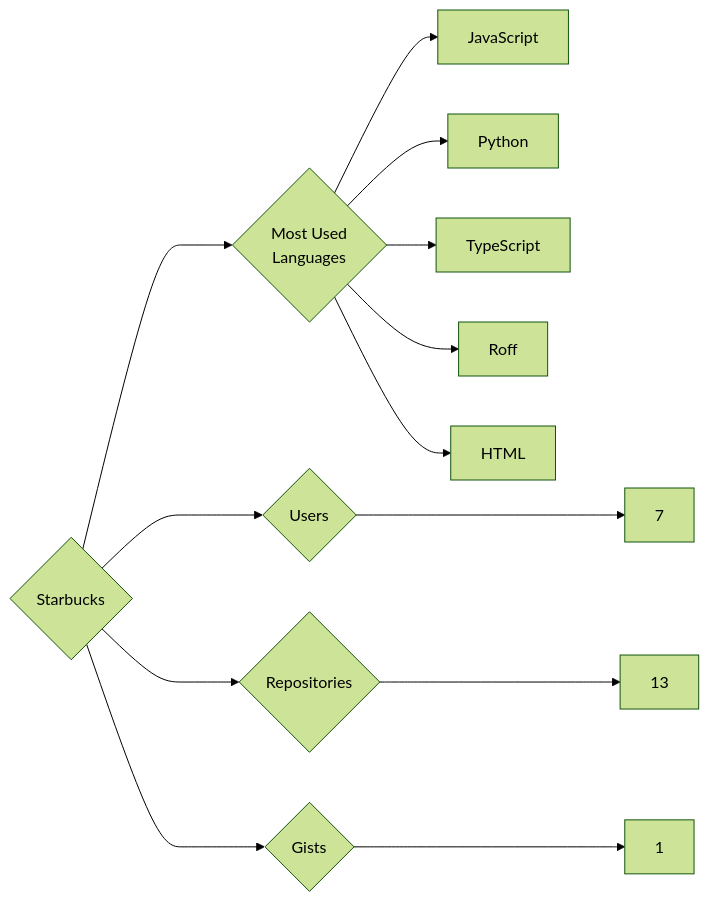
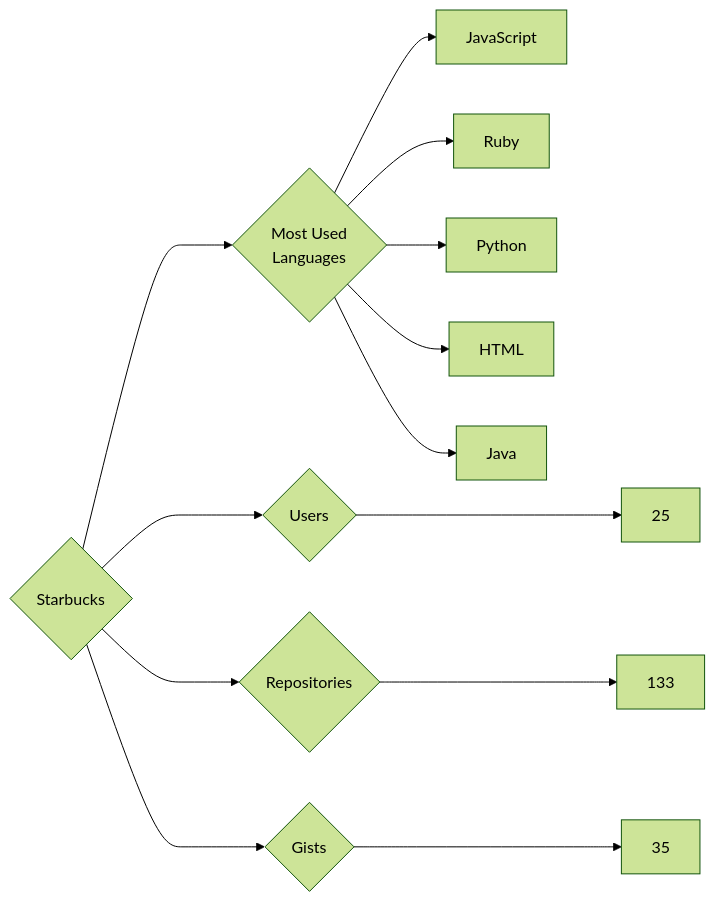
The diagram in targets/Starbucks/README.md (trickest/insiders), drawn with Mermaid (forest theme) before and after one commit. The commit also changed 940 other files, not shown here.

````diff
--- a/targets/Starbucks/README.md
+++ b/targets/Starbucks/README.md
@@ -3,13 +3,13 @@
 ```mermaid
 graph LR
 COMPANY_NAME{Starbucks}
-COMPANY_NAME ---> U{Users} ---> UN[7]
-COMPANY_NAME ---> R{Repositories} ---> RN[13]
-COMPANY_NAME ---> G{Gists} ---> GN[1]
+COMPANY_NAME ---> U{Users} ---> UN[25]
+COMPANY_NAME ---> R{Repositories} ---> RN[133]
+COMPANY_NAME ---> G{Gists} ---> GN[35]
 COMPANY_NAME ---> ML{Most Used<br>Languages}
 ML --> JavaScript[JavaScript]
+ML --> Ruby[Ruby]
 ML --> Python[Python]
-ML --> TypeScript[TypeScript]
-ML --> Roff[Roff]
 ML --> HTML[HTML]
+ML --> Java[Java]
 ```
````
